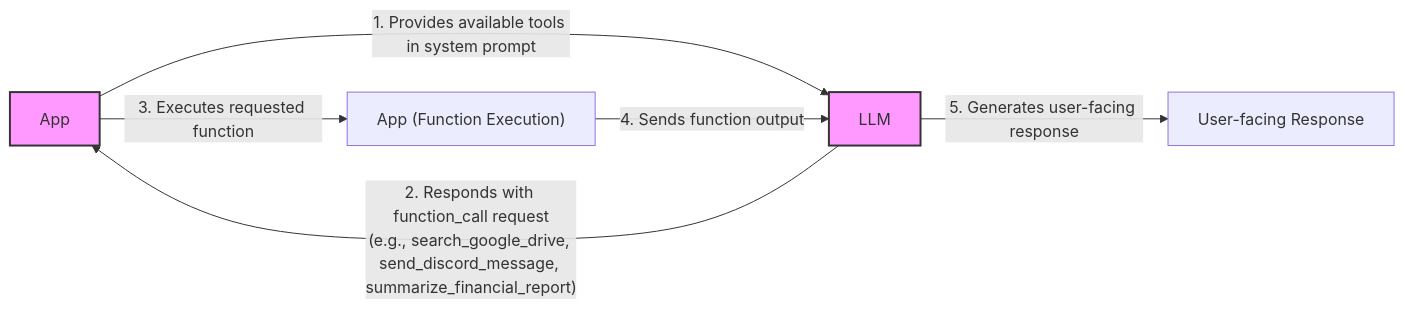
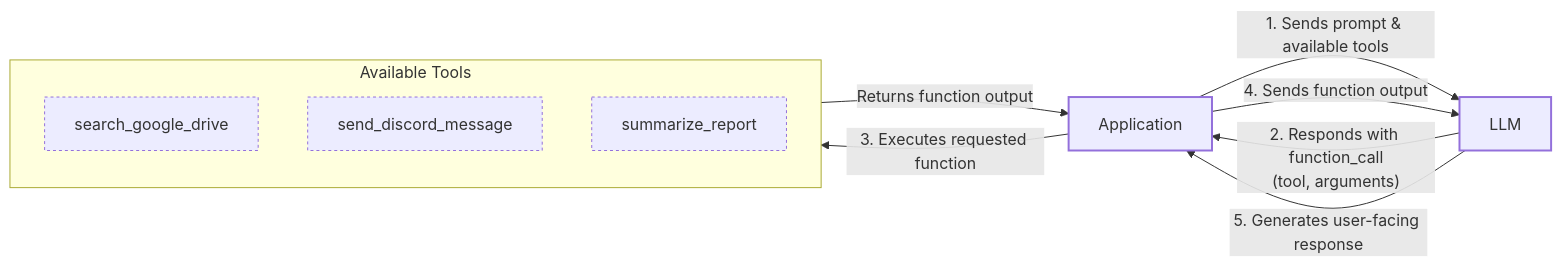
Before and after one commit to YMaXing/Research-Agent-reinforced-by-RL: the second of 4 diagrams in RL_researcher_writer_ymaxing/rl_training_data/noise_experiment/06_tools__var_standard__replicate1__preset0/article_001.md, drawn with Mermaid. The commit also changed other lines of this file and 4528 other files, not shown here.

````diff
--- a/RL_researcher_writer_ymaxing/rl_training_data/noise_experiment/06_tools__var_standard__replicate1__preset0/article_001.md
+++ b/RL_researcher_writer_ymaxing/rl_training_data/noise_experiment/06_tools__var_standard__replicate1__preset0/article_001.md
@@ -32,17 +54,27 @@
 ```mermaid
 flowchart LR
-  %% Actors
-  App["App"]
-  LLM["LLM"]
-  
-  %% Flow Steps
-  App -- "1. Provides available tools in system prompt" --> LLM
-  LLM -- "2. Responds with function_call request<br/>(e.g., search_google_drive, send_discord_message, summarize_financial_report)" --> App
-  App -- "3. Executes requested function" --> App_Exec["App (Function Execution)"]
-  App_Exec -- "4. Sends function output" --> LLM
-  LLM -- "5. Generates user-facing response" --> UserResponse["User-facing Response"]
+  %% Main Actors
+  A["Application"]
+  L["LLM"]
+
+  %% Available Tools
+  subgraph Tools["Available Tools"]
+    SGD["search_google_drive"]
+    SDM["send_discord_message"]
+    SR["summarize_report"]
+  end
+
+  %% 5-Step Request-Execute-Respond Flow
+  A -- "1. Sends prompt & available tools" --> L
+  L -- "2. Responds with function_call<br/>(tool, arguments)" --> A
+  A -- "3. Executes requested function" --> Tools
+  Tools -- "Returns function output" --> A
+  A -- "4. Sends function output" --> L
+  L -- "5. Generates user-facing response" --> A
 
   %% Visual grouping
-  classDef actor fill:#f9f,stroke:#333,stroke-width:2px
-  class App,LLM actor
+  classDef actor stroke-width:2px
+  classDef external stroke-dasharray:3,3
+  class A,L actor
+  class SGD,SDM,SR external
 ```
````
